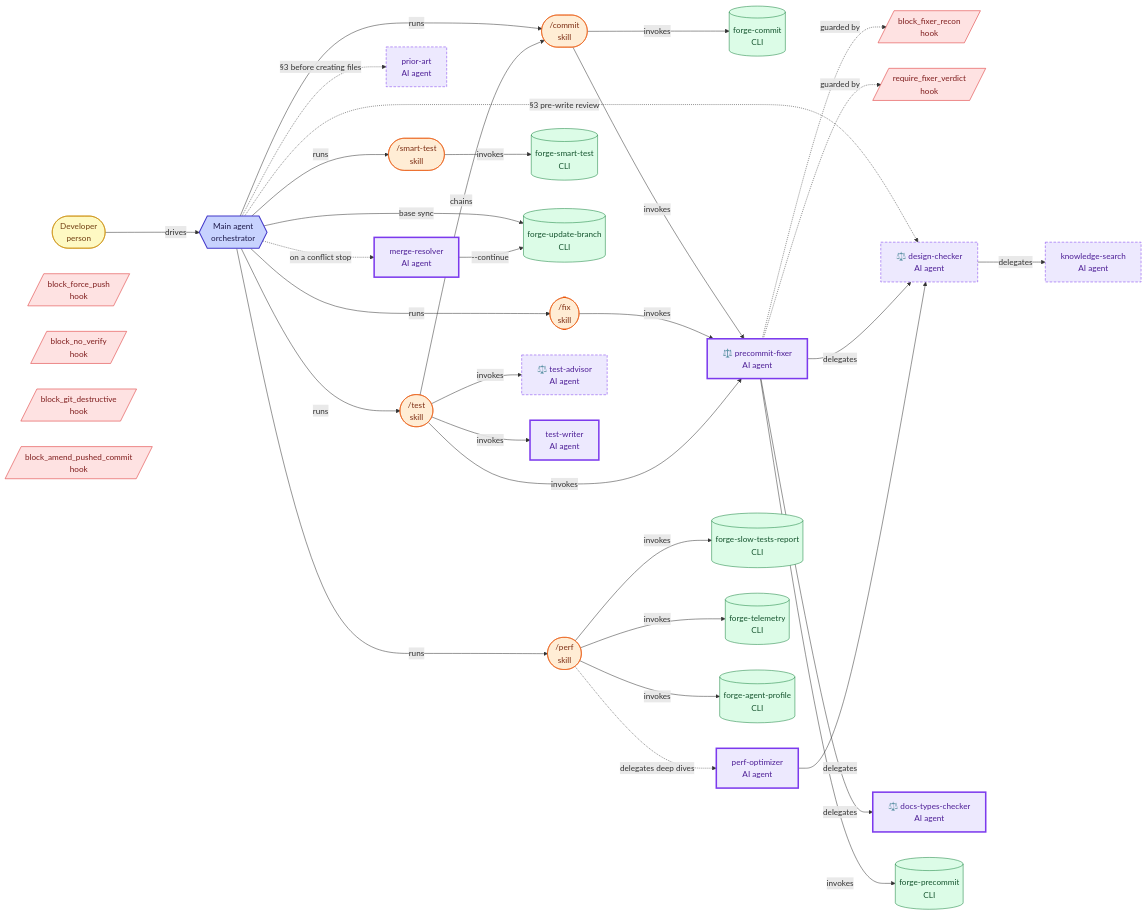
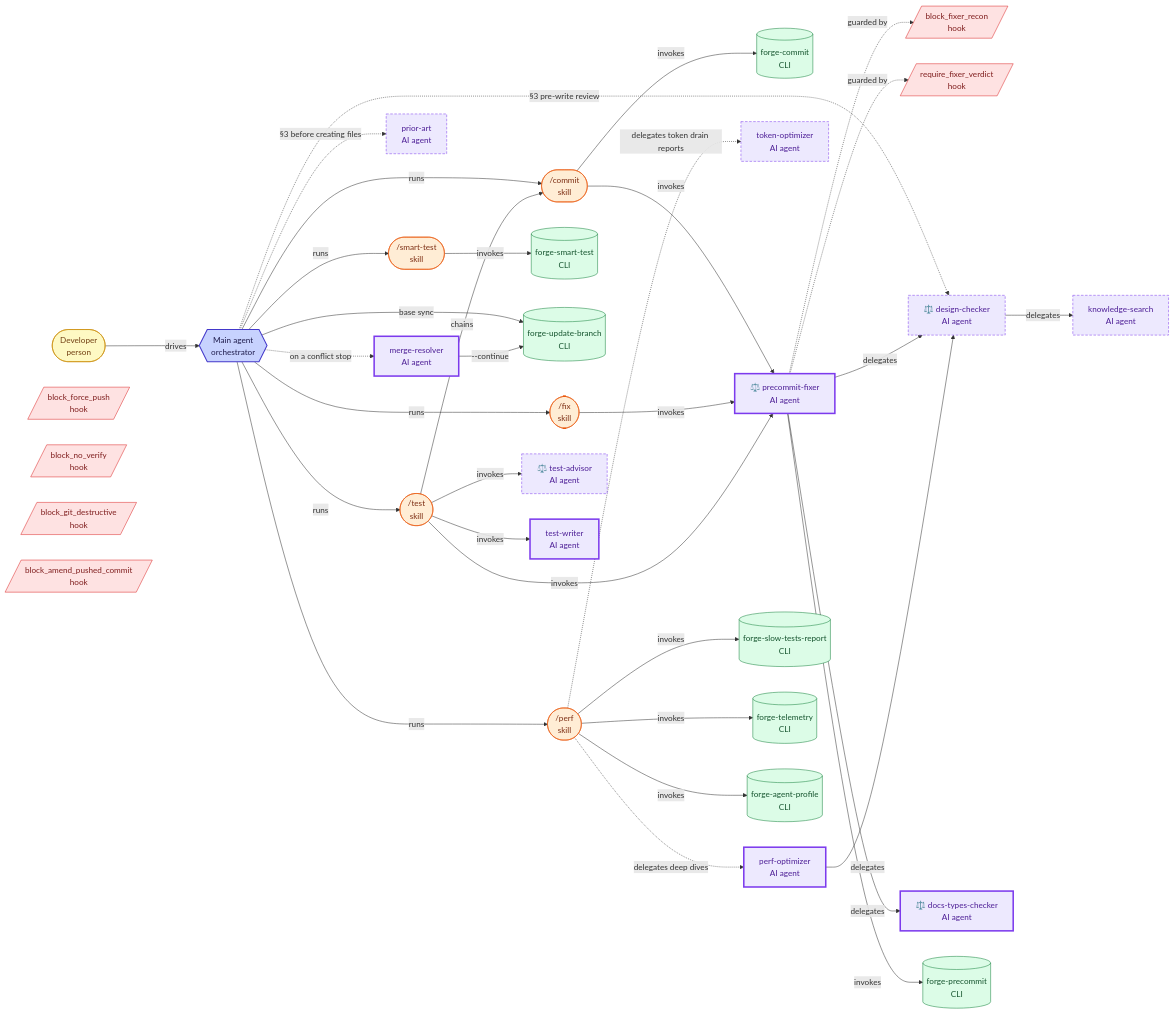
One commit to misnaej/forge changed the second of 7 diagrams in docs/agent-architecture.md. Above: the diagram before and after it, drawn with Mermaid. The commit also changed 5 other files, not shown here.

First line of the commit message:
feat: ship token-optimization runbook and token-optimizer agent

```diff
--- a/docs/agent-architecture.md
+++ b/docs/agent-architecture.md
@@ -122,6 +122,7 @@
   merge_resolver["merge-resolver<br/>AI agent"]
   knowledge_search["knowledge-search<br/>AI agent"]
   perf_optimizer["perf-optimizer<br/>AI agent"]
+  token_optimizer["token-optimizer<br/>AI agent"]
   prior_art["prior-art<br/>AI agent"]
   precommit_fixer["⚖️ precommit-fixer<br/>AI agent"]
   sk_smart_test(["/smart-test<br/>skill"])
@@ -140,6 +141,7 @@
   sk_perf -->|invokes| cli_forge_telemetry
   sk_perf -->|invokes| cli_forge_agent_profile
   sk_perf -.->|delegates deep dives| perf_optimizer
+  sk_perf -.->|delegates token drain reports| token_optimizer
   main_agent -->|runs| sk_test
   main_agent -. §3 pre-write review .-> design_checker
   main_agent -. §3 before creating files .-> prior_art
@@ -185,6 +187,8 @@
   class knowledge_search reporter
   class perf_optimizer agent
   class perf_optimizer mutator
+  class token_optimizer agent
+  class token_optimizer reporter
   class prior_art agent
   class prior_art reporter
   class precommit_fixer agent
```
